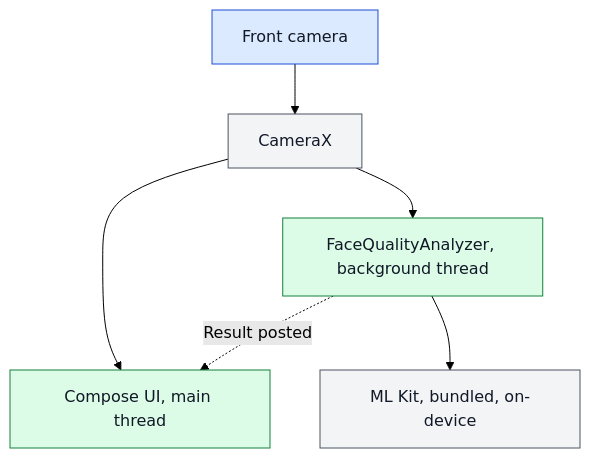
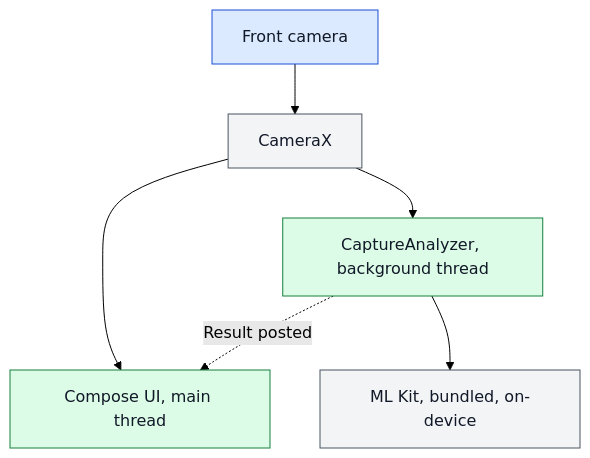
The first of 2 diagrams in docs/ARCHITECTURE.md (hamza-aziz-ai/Face-Dataset-Collector), drawn with Mermaid (forest theme) before and after one commit. The commit also changed other lines of this file and 22 other files, not shown here.

````diff
--- a/docs/ARCHITECTURE.md
+++ b/docs/ARCHITECTURE.md
@@ -34,11 +35,11 @@
 ```mermaid
 flowchart TD
     classDef way fill:#dbeafe,stroke:#1d4ed8,color:#111827
     classDef step fill:#dcfce7,stroke:#15803d,color:#111827
     classDef outside fill:#f3f4f6,stroke:#4b5563,color:#111827
     A["`Front camera`"]:::way --> B["`CameraX`"]:::outside
     B --> C["`Compose UI, main thread`"]:::step
-    B --> D["`FaceQualityAnalyzer, background thread`"]:::step
+    B --> D["`CaptureAnalyzer, background thread`"]:::step
     D --> E["`ML Kit, bundled, on-device`"]:::outside
     D -.->|Result posted| C
 ```
````
